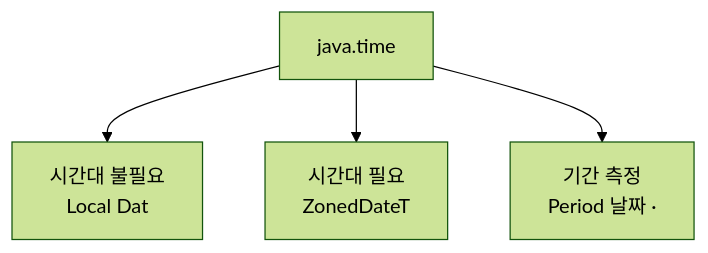
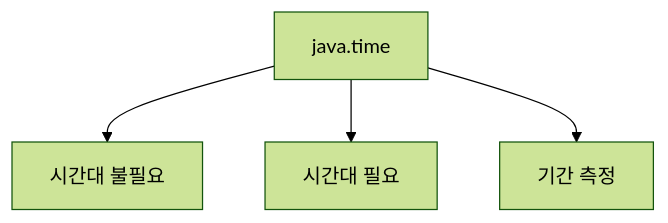
The second of 5 diagrams in _posts/java/2026-05-01-java-datetime.md (yjkim2015/yjkim2015.github.io), drawn with Mermaid (forest theme) before and after one commit. The commit also changed 217 other files, not shown here.

First line of the commit message:
Mermaid 크기 수정: useMaxWidth:true + SVG max-width:100% + 라벨 축소

````diff
--- a/_posts/java/2026-05-01-java-datetime.md
+++ b/_posts/java/2026-05-01-java-datetime.md
@@ -76,6 +76,6 @@
 ```mermaid
 graph TD
-    A["java.time"] --> B["시간대 불필요\nLocal Dat"]
-    A --> C["시간대 필요\nZonedDateT"]
-    A --> D["기간 측정\nPeriod 날짜 ·"]
+    A["java.time"] --> B["시간대 불필요"]
+    A --> C["시간대 필요"]
+    A --> D["기간 측정"]
 ```
````
